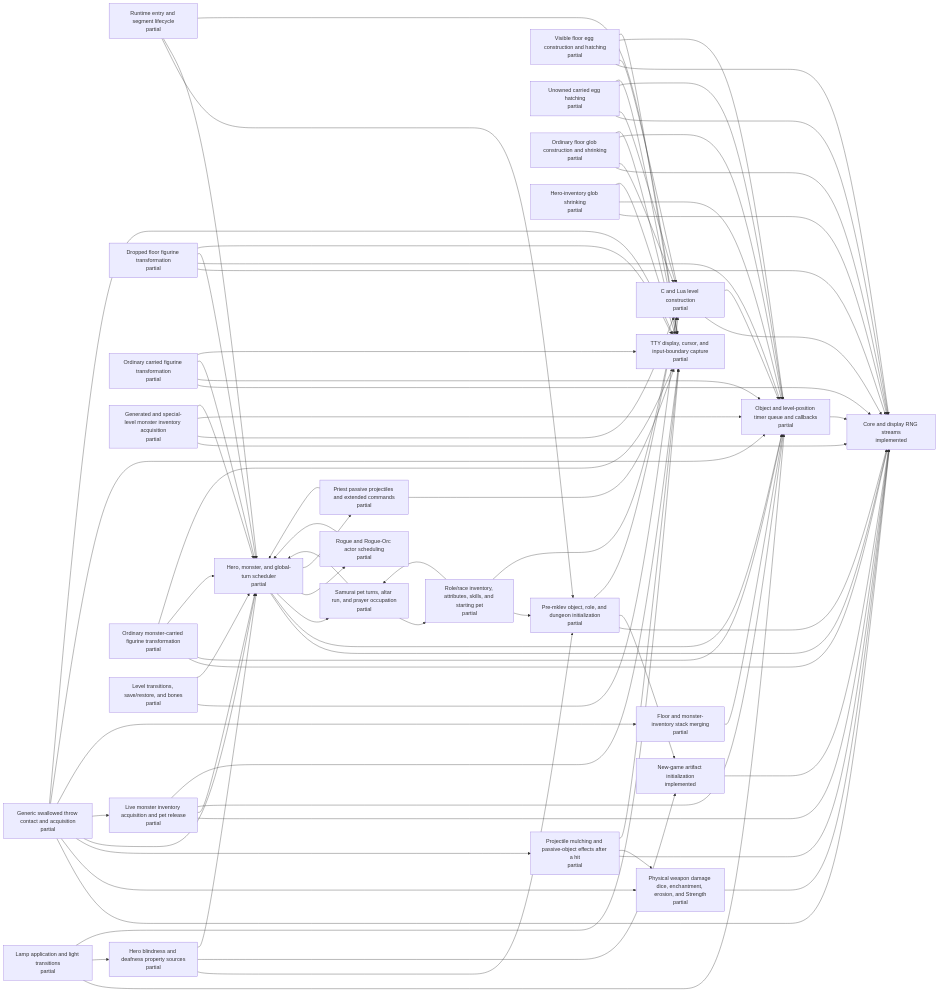
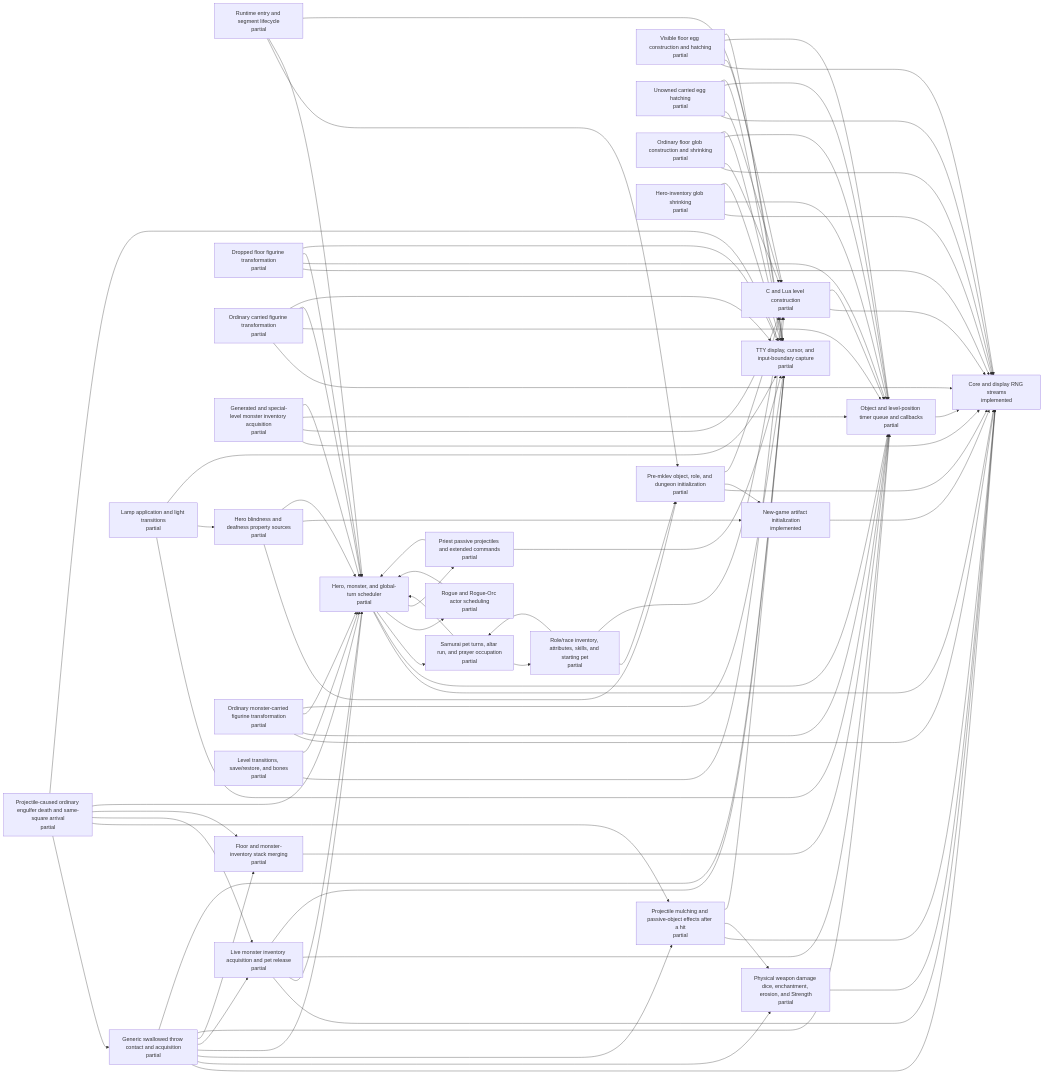
One commit to daoa0601/teleport-contest changed the diagram in docs/architecture/c-lua-ownership.generated.md. Above: the diagram before and after it, drawn with Mermaid. The commit also changed other lines of this file and 3 other files, not shown here.

Commit message:
Map swallowed projectile death ownership

```diff
--- a/docs/architecture/c-lua-ownership.generated.md
+++ b/docs/architecture/c-lua-ownership.generated.md
@@ -29,6 +29,7 @@
     n_generic_swallowed_throw["Generic swallowed throw contact and acquisition<br/>partial"]
     n_physical_weapon_damage["Physical weapon damage dice, enchantment, erosion, and Strength<br/>partial"]
     n_projectile_hit_lifecycle["Projectile mulching and passive-object effects after a hit<br/>partial"]
+    n_swallowed_projectile_engulfer_death["Projectile-caused ordinary engulfer death and same-square arrival<br/>partial"]
     n_object_stack_merging["Floor and monster-inventory stack merging<br/>partial"]
     n_monster_figurine_transform["Ordinary monster-carried figurine transformation<br/>partial"]
     n_timed_lamp_application["Lamp application and light transitions<br/>partial"]
@@ -97,6 +98,12 @@
     n_projectile_hit_lifecycle --> n_rng_core
     n_projectile_hit_lifecycle --> n_physical_weapon_damage
     n_projectile_hit_lifecycle --> n_tty_display
+    n_swallowed_projectile_engulfer_death --> n_generic_swallowed_throw
+    n_swallowed_projectile_engulfer_death --> n_projectile_hit_lifecycle
+    n_swallowed_projectile_engulfer_death --> n_runtime_monster_inventory_acquisition
+    n_swallowed_projectile_engulfer_death --> n_object_stack_merging
+    n_swallowed_projectile_engulfer_death --> n_turn_scheduler
+    n_swallowed_projectile_engulfer_death --> n_tty_display
     n_object_stack_merging --> n_object_timer_queue
     n_monster_figurine_transform --> n_rng_core
     n_monster_figurine_transform --> n_object_timer_queue
```
